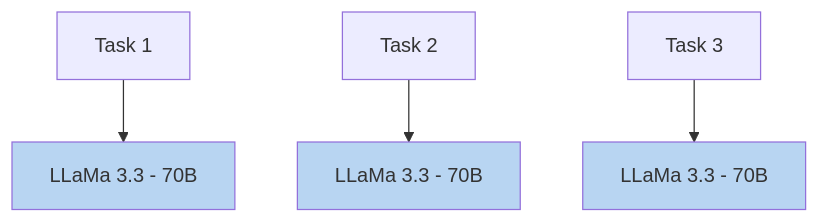
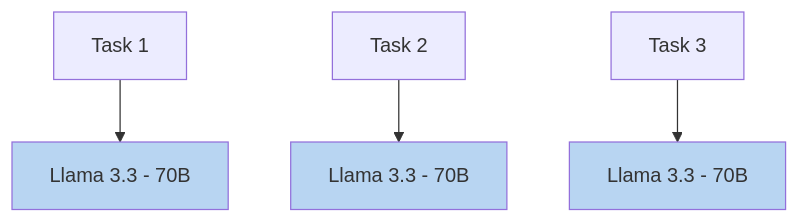
The first of 3 diagrams in docs/customizer/about.mdx (NVIDIA-NeMo/nemo-platform), drawn with Mermaid before and after one commit. The commit also changed other lines of this file and 66 other files, not shown here.

````diff
--- a/docs/customizer/about.mdx
+++ b/docs/customizer/about.mdx
@@ -33,14 +33,14 @@
 ```mermaid
 ---
 caption: Traditional Fine-Tuning
 ---
 flowchart TD
- T1[Task 1] --> M1[LLaMa 3.3 - 70B]
- T2[Task 2] --> M2[LLaMa 3.3 - 70B]
- T3[Task 3] --> M3[LLaMa 3.3 - 70B]
+ T1[Task 1] --> M1[Llama 3.3 - 70B]
+ T2[Task 2] --> M2[Llama 3.3 - 70B]
+ T3[Task 3] --> M3[Llama 3.3 - 70B]
 
  style M1 fill:#B8D5F2
  style M2 fill:#B8D5F2
  style M3 fill:#B8D5F2
 
 ```
````
